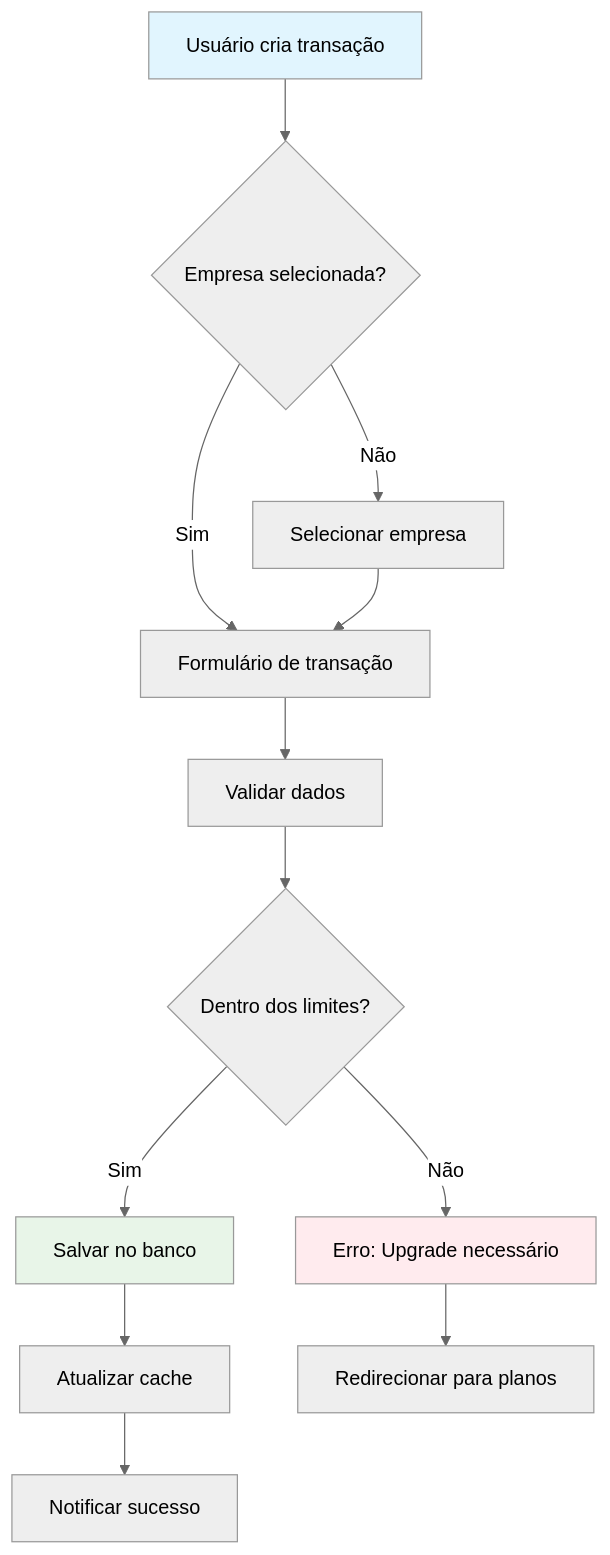
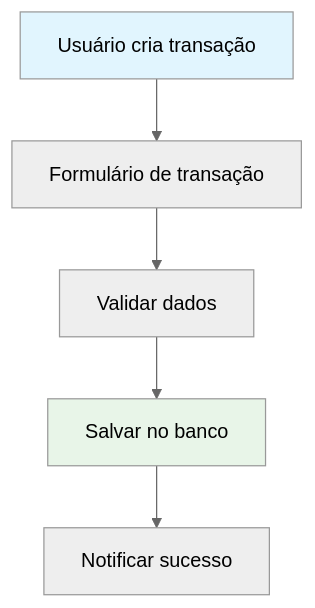
One commit to vinicius00franco/doc-es3-gestao-empresas-financeiro changed the sixth of 8 diagrams in docs/architecture-diagrams.md. Above: the diagram before and after it, drawn with Mermaid (neutral theme). The commit also changed other lines of this file and 3 other files, not shown here.

First line of the commit message:
Refactor frontend documentation and improve architecture overview

````diff
--- a/docs/architecture-diagrams.md
+++ b/docs/architecture-diagrams.md
@@ -223,18 +201,10 @@
 ```mermaid
 flowchart TD
-    A[Usuário cria transação] --> B{Empresa selecionada?}
-    B -->|Não| C[Selecionar empresa]
-    B -->|Sim| D[Formulário de transação]
-    C --> D
-    D --> E[Validar dados]
-    E --> F{Dentro dos limites?}
-    F -->|Não| G[Erro: Upgrade necessário]
-    F -->|Sim| H[Salvar no banco]
-    H --> I[Atualizar cache]
-    I --> J[Notificar sucesso]
-    G --> K[Redirecionar para planos]
+    A[Usuário cria transação] --> B[Formulário de transação]
+    B --> C[Validar dados]
+    C --> D[Salvar no banco]
+    D --> E[Notificar sucesso]
 
     style A fill:#e1f5fe
-    style H fill:#e8f5e8
-    style G fill:#ffebee
+    style D fill:#e8f5e8
 ```
````
